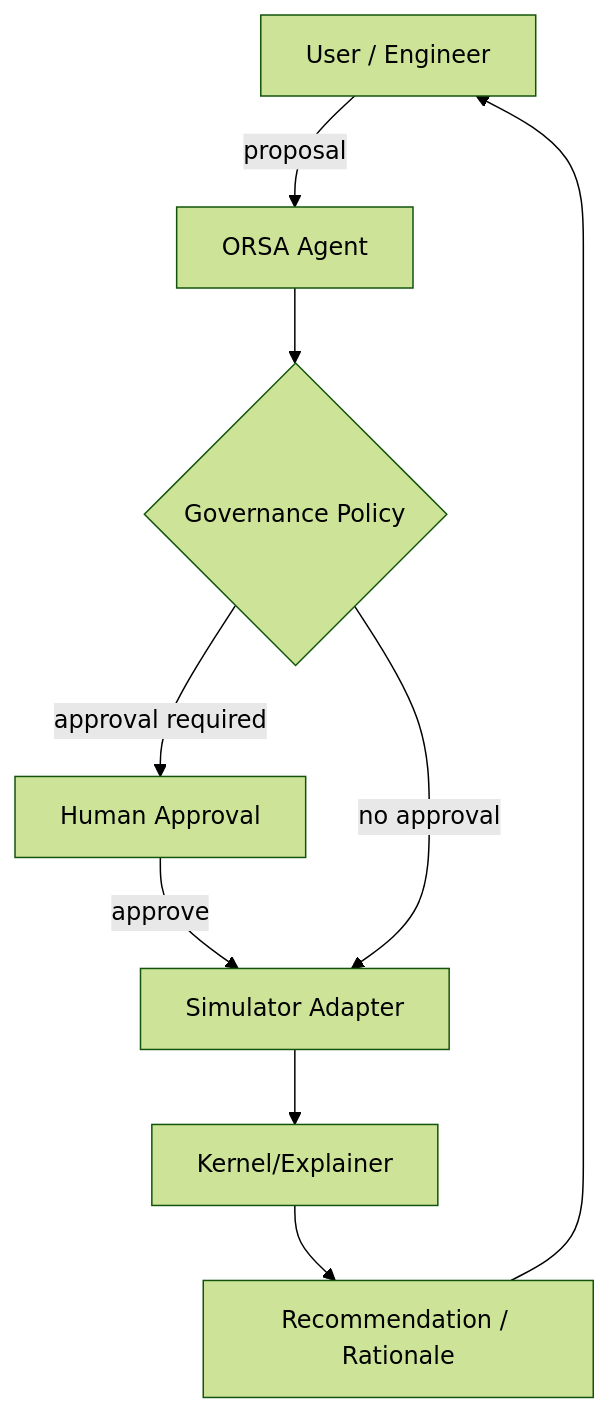
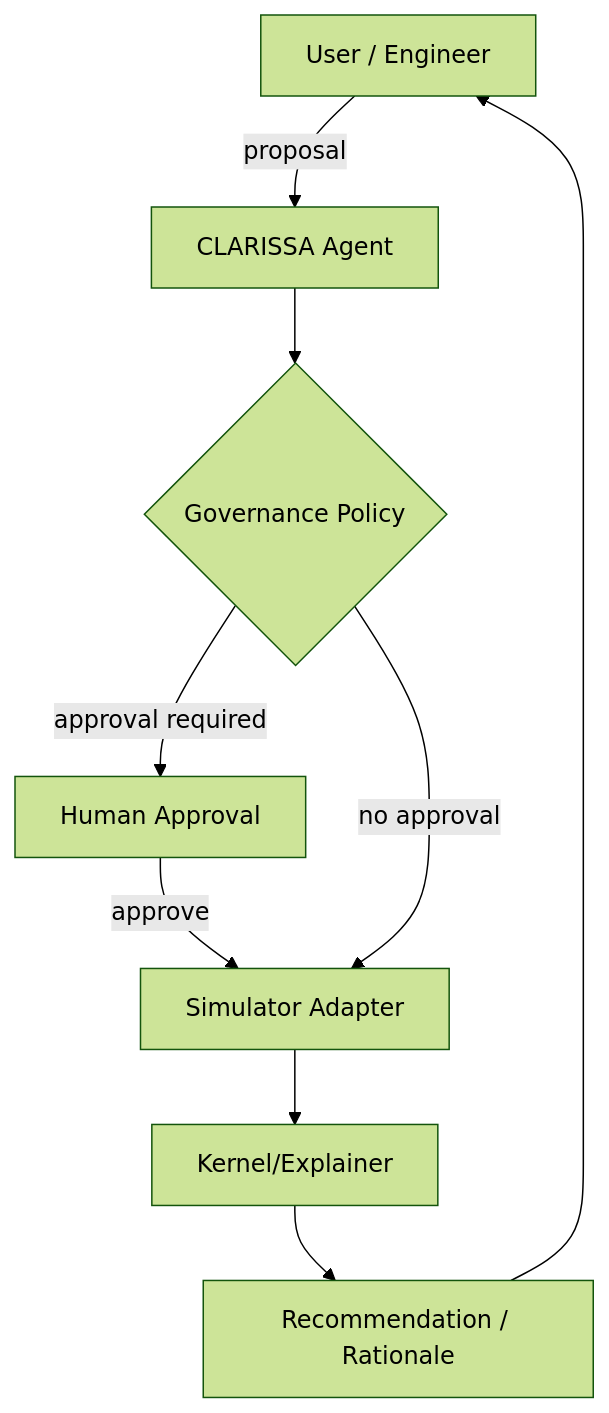
One commit to wolfram-laube/clarissa changed the diagram in docs/architecture/diagrams/agent_flow.mmd. Above: the diagram before and after it, drawn with Mermaid (forest theme). The commit also changed 36 other files, not shown here.

Commit message:
refactor: rename ORSA to CLARISSA (Conversational Language Agent for Reservoir Integrated Simulation System Analysis) (batch 1/2)

```diff
--- a/docs/architecture/diagrams/agent_flow.mmd
+++ b/docs/architecture/diagrams/agent_flow.mmd
@@ -1,9 +1,9 @@
 flowchart TD
-  U[User / Engineer] -->|proposal| A[ORSA Agent]
+  U[User / Engineer] -->|proposal| A[CLARISSA Agent]
   A --> G{Governance Policy}
   G -->|approval required| H[Human Approval]
   H -->|approve| S[Simulator Adapter]
   G -->|no approval| S
   S --> K[Kernel/Explainer]
   K --> R[Recommendation / Rationale]
   R --> U
```
